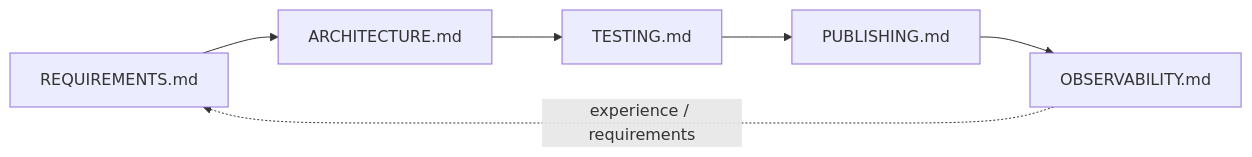
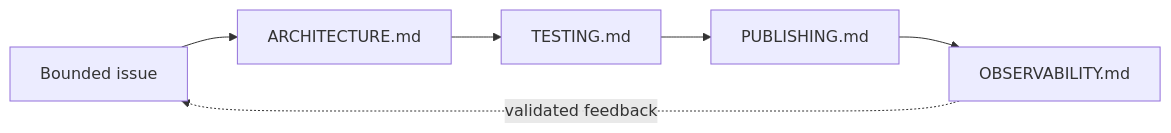
One commit to CurateLabs/graphforge changed the diagram in docs/engineering/README.md. Above: the diagram before and after it, drawn with Mermaid. The commit also changed other lines of this file and 14 other files, not shown here.

````diff
--- a/docs/engineering/README.md
+++ b/docs/engineering/README.md
@@ -6,8 +6,8 @@
 ```mermaid
 flowchart LR
-    Req["REQUIREMENTS.md"] --> Arch["ARCHITECTURE.md"]
+    Issue["Bounded issue"] --> Arch["ARCHITECTURE.md"]
     Arch --> Test["TESTING.md"]
     Test --> Pub["PUBLISHING.md"]
     Pub --> Obs["OBSERVABILITY.md"]
-    Obs -. "experience / requirements" .-> Req
+    Obs -. "validated feedback" .-> Issue
 ```
````
